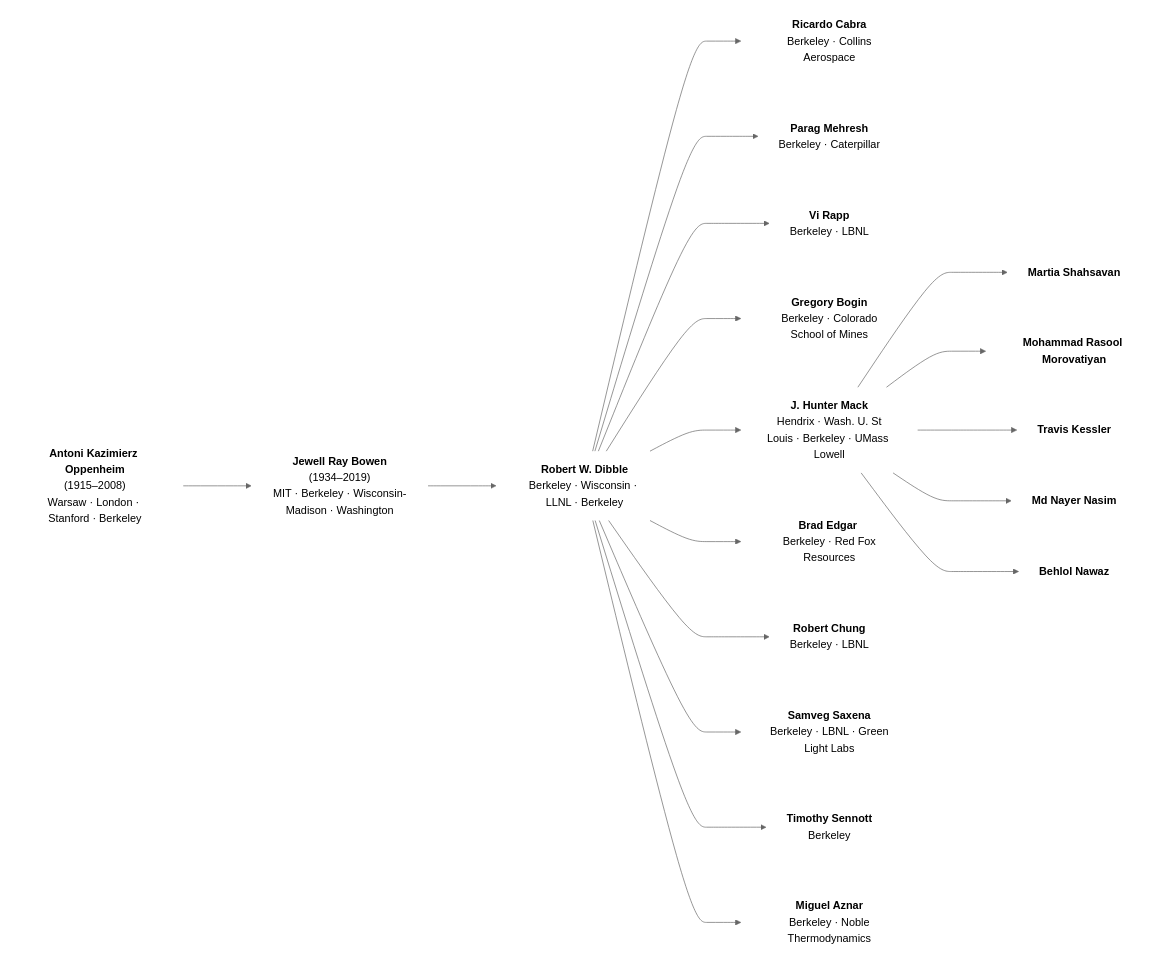
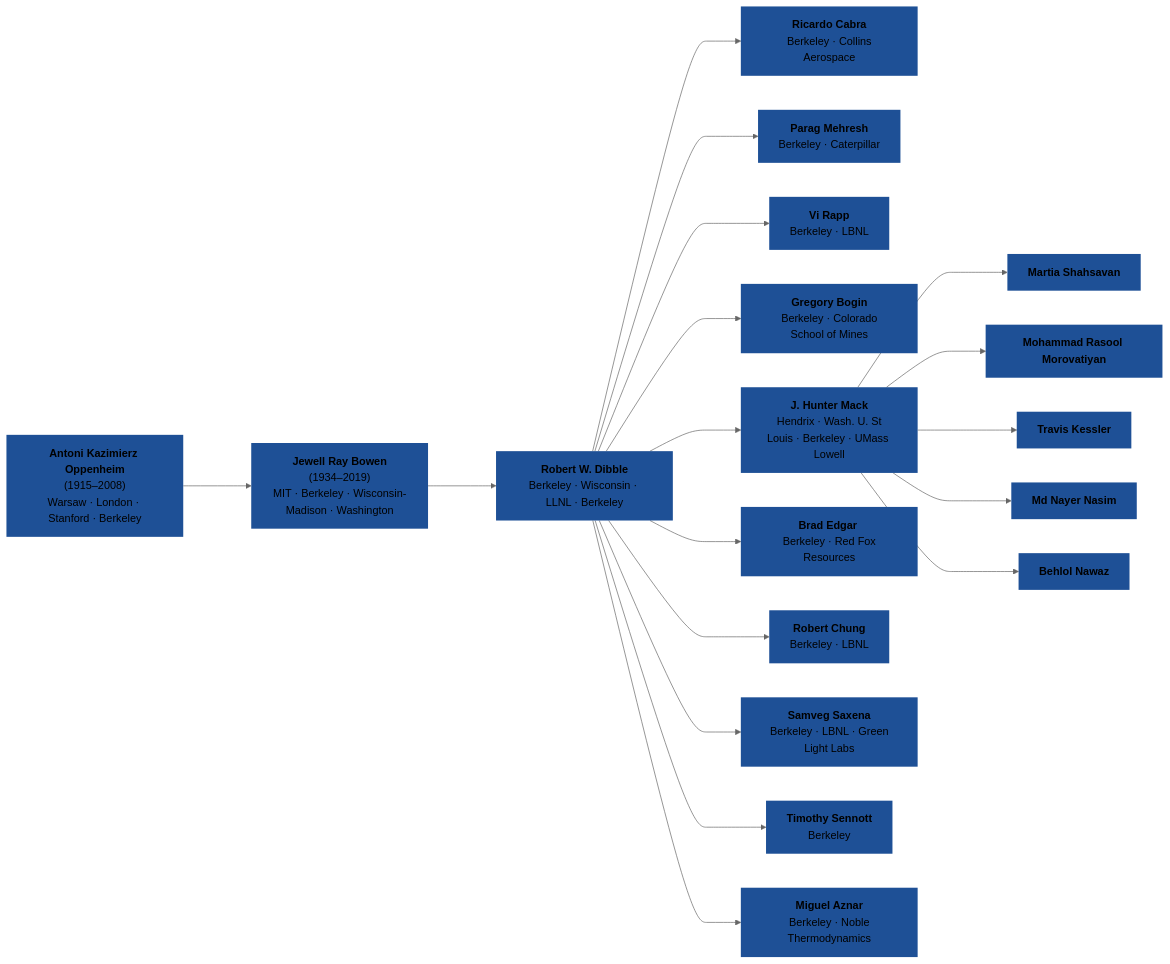
One commit to bnawaz95/ECRL-acad-tree changed the diagram in acad_tree.md. Above: the diagram before and after it, drawn with Mermaid (neutral theme).

````diff
--- a/acad_tree.md
+++ b/acad_tree.md
@@ -1,48 +1,48 @@
 ```mermaid
 graph LR
     A["<b>Antoni Kazimierz Oppenheim</b><br/>(1915–2008)<br/>Warsaw · London · Stanford · Berkeley"]
 
     B["<b>Jewell Ray Bowen</b><br/>(1934–2019)<br/>MIT · Berkeley · Wisconsin-Madison · Washington"]
 
     C["<b>Robert W. Dibble</b><br/>Berkeley · Wisconsin · LLNL · Berkeley"]
 
     D1["<b>Ricardo Cabra</b><br/> Berkeley · Collins Aerospace"]
     D2["<b>Parag Mehresh</b><br/> Berkeley · Caterpillar"]
     D3["<b>Vi Rapp</b><br/> Berkeley · LBNL"]
     D4["<b>Gregory Bogin</b><br/> Berkeley · Colorado School of Mines"]
     D0["<b>J. Hunter Mack</b><br/> Hendrix · Wash. U. St Louis · Berkeley · UMass Lowell"]
     D5["<b>Brad Edgar </b><br/> Berkeley · Red Fox Resources"]
     D6["<b>Robert Chung</b><br/> Berkeley · LBNL"]
     D7["<b>Samveg Saxena</b><br/> Berkeley · LBNL · Green Light Labs"]
     D8["<b>Timothy Sennott</b><br/> Berkeley"]
     D9["<b>Miguel Aznar</b><br/> Berkeley · Noble Thermodynamics"]
 
     E["<b>Martia Shahsavan</b>"]
     F["<b>Mohammad Rasool Morovatiyan</b>"]
     G["<b>Travis Kessler</b>"]
     H["<b>Md Nayer Nasim</b>"]
     I["<b>Behlol Nawaz</b>"]
 
     A ---> B
     B ---> C
 
     C ---> D0
     C ---> D1
     C ---> D2
     C ---> D3
     C ---> D4
     C ---> D5
     C ---> D6
     C ---> D7
     C ---> D8
     C ---> D9
 
     D0 ---> E
     D0 ---> F
     D0 ---> G
     D0 ---> H
     D0 ---> I
 
-classDef noBorder stroke:none,stroke-width:0px,fill:None;
+classDef noBorder stroke:none,stroke-width:0px,fill:#1e5096;
 class A,B,C,D0,D1,D2,D3,D4,D5,D6,D6,D7,D8,D9,E,F,G,H,I, noBorder
 ```
````
